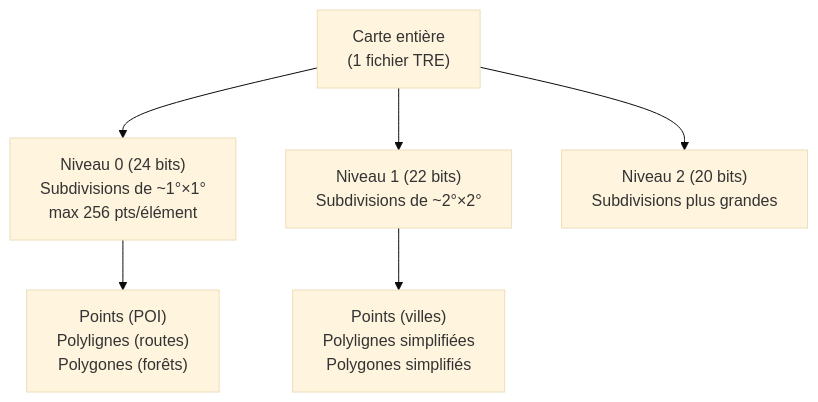
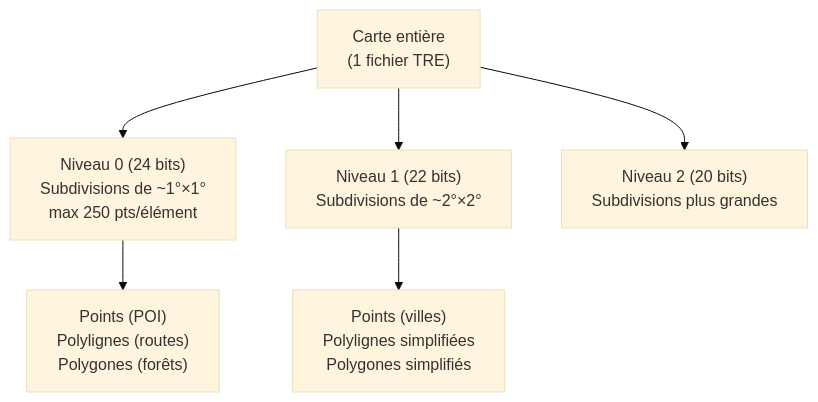
The second of 5 diagrams in site/docs/reference/format-garmin-img.md (allfab/garmin-img-forge), drawn with Mermaid before and after one commit. The commit also changed other lines of this file and 10 other files, not shown here.

First line of the commit message:
docs(reference): restructuration + diagrammes SVG + PDF de référence

````diff
--- a/site/docs/reference/format-garmin-img.md
+++ b/site/docs/reference/format-garmin-img.md
@@ -158,10 +129,10 @@
 ```mermaid
 %%{init: {'theme': 'base'}}%%
 graph TD
     Carte["Carte entière\n(1 fichier TRE)"]
-    Carte --> SD0["Niveau 0 (24 bits)\nSubdivisions de ~1°×1°\nmax 256 pts/élément"]
+    Carte --> SD0["Niveau 0 (24 bits)\nSubdivisions de ~1°×1°\nmax 250 pts/élément"]
     Carte --> SD1["Niveau 1 (22 bits)\nSubdivisions de ~2°×2°"]
     Carte --> SD2["Niveau 2 (20 bits)\nSubdivisions plus grandes"]
     SD0 --> E1["Points (POI)\nPolylignes (routes)\nPolygones (forêts)"]
     SD1 --> E2["Points (villes)\nPolylignes simplifiées\nPolygones simplifiés"]
 ```
````
